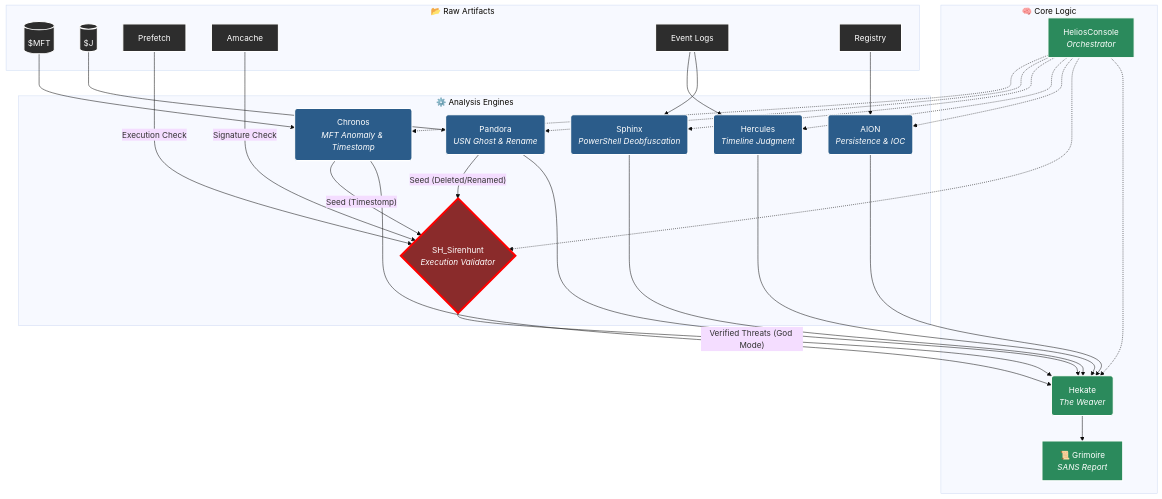
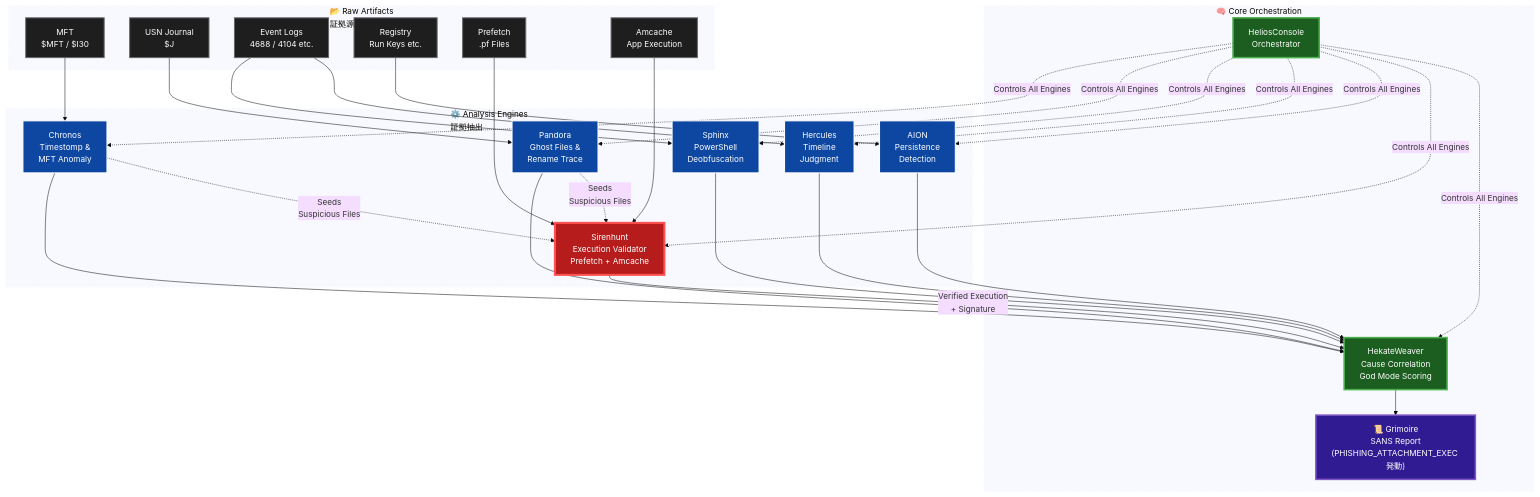
One commit to schutzz/SkiaHelios changed the diagram in README.md. Above: the diagram before and after it, drawn with Mermaid (base theme).

````diff
--- a/README.md
+++ b/README.md
@@ -20,62 +20,82 @@
 ```mermaid
 graph TD
-    %% --- Layer 1: Raw Artifacts ---
-    subgraph Raw_Layer [📂 Raw Artifacts]
-        MFT[($MFT)]
-        USN[($J)]
-        PF[Prefetch]
-        AM[Amcache]
-        EVTX[Event Logs]
-        REG[Registry]
+    %% ========================
+    %% 全体レイアウト：左から右へ明確な流れ
+    %% ========================
+
+    %% --- 左側: 生データソース ---
+    subgraph Raw["📂 Raw Artifacts<br/>証拠源"]
+        MFT[MFT<br/>$MFT / $I30]
+        USN[USN Journal<br/>$J]
+        EVTX[Event Logs<br/>4688 / 4104 etc.]
+        REG[Registry<br/>Run Keys etc.]
+        PF[Prefetch<br/>.pf Files]
+        AM[Amcache<br/>App Execution]
     end
 
-    %% --- Layer 2: The Parsers & Hunters ---
-    subgraph Tool_Layer [⚙️ Analysis Engines]
-        CH(Chronos<br/><i>MFT Anomaly & Timestomp</i>)
-        PA(Pandora<br/><i>USN Ghost & Rename</i>)
-        SP(Sphinx<br/><i>PowerShell Deobfuscation</i>)
-        HE(Hercules<br/><i>Timeline Judgment</i>)
-        AI(AION<br/><i>Persistence & IOC</i>)
-        
-        %% The New Module
-        SI{SH_Sirenhunt<br/><i>Execution Validator</i>}
+    %% --- 中央: 解析エンジン群 ---
+    subgraph Engines["⚙️ Analysis Engines<br/>証拠抽出"]
+        CH[Chronos<br/>Timestomp &<br/>MFT Anomaly]
+        PA[Pandora<br/>Ghost Files &<br/>Rename Trace]
+        SP[Sphinx<br/>PowerShell<br/>Deobfuscation]
+        HE[Hercules<br/>Timeline<br/>Judgment]
+        AI[AION<br/>Persistence<br/>Detection]
+        SI[Sirenhunt<br/>Execution Validator<br/>Prefetch + Amcache]
     end
 
-    %% --- Layer 3: Orchestration & Output ---
-    subgraph Core_Layer [🧠 Core Logic]
-        HC[HeliosConsole<br/><i>Orchestrator</i>]
-        HK(Hekate<br/><i>The Weaver</i>)
-        REP[📜 Grimoire<br/><i>SANS Report</i>]
+    %% --- 右側: コア統合 & 出力 ---
+    subgraph Core["🧠 Core Orchestration"]
+        HC[HeliosConsole<br/>Orchestrator]
+        HK[HekateWeaver<br/>Cause Correlation<br/>God Mode Scoring]
+        REP["📜 Grimoire<br/>SANS Report<br/>(PHISHING_ATTACHMENT_EXEC 発動)"]
     end
 
-    %% Data Flow Connections
+    %% ========================
+    %% データフロー（太線で明確に）
+    %% ========================
+
+    %% Raw → Engines
     MFT --> CH
     USN --> PA
-    EVTX --> HE & SP
+    EVTX --> SP
+    EVTX --> HE
     REG --> AI
-    
-    %% The Hunt Flow (Cross-Validation)
-    CH -- "Seed (Timestomp)" --> SI
-    PA -- "Seed (Deleted/Renamed)" --> SI
-    PF -- "Execution Check" --> SI
-    AM -- "Signature Check" --> SI
-    
-    %% The Weaving Flow
-    CH & PA & SP & HE & AI --> HK
-    SI -- "Verified Threats (God Mode)" --> HK
-    
-    %% Final Output
-    HC -.-> CH & PA & SP & HE & AI & SI & HK
+    PF --> SI
+    AM --> SI
+
+    %% Engines → Hekate
+    CH --> HK
+    PA --> HK
+    SP --> HK
+    HE --> HK
+    AI --> HK
+
+    %% Sirenhuntの特別フロー（Executionの最終検証）
+    CH & PA -.->|Seeds<br/>Suspicious Files| SI
+    SI -->|Verified Execution<br/>+ Signature| HK
+
+    %% Orchestration
+    HC -.->|Controls All Engines| CH & PA & SP & HE & AI & SI & HK
     HK --> REP
 
-    %% Styling
-    classDef raw fill:#2d2d2d,stroke:#fff,stroke-width:2px,color:#fff;
-    classDef tool fill:#2b5c8a,stroke:#fff,stroke-width:2px,color:#fff;
-    classDef siren fill:#8a2b2b,stroke:#f00,stroke-width:4px,color:#fff;
-    classDef logic fill:#2b8a5c,stroke:#fff,stroke-width:2px,color:#fff;
-    
-    class MFT,USN,PF,AM,EVTX,REG raw;
-    class CH,PA,SP,HE,AI tool;
+    %% ========================
+    %% スタイリング（視認性最優先）
+    %% ========================
+
+    classDef raw fill:#1e1e1e,stroke:#666,stroke-width:2px,color:#fff;
+    classDef engine fill:#0d47a1,stroke:#fff,stroke-width:2px,color:#fff;
+    classDef siren fill:#b71c1c,stroke:#ff5252,stroke-width:4px,color:#fff;
+    classDef core fill:#1b5e20,stroke:#4caf50,stroke-width:3px,color:#fff;
+    classDef report fill:#311b92,stroke:#7e57c2,stroke-width:3px,color:#fff;
+
+    class MFT,USN,EVTX,REG,PF,AM raw;
+    class CH,PA,SP,HE,AI engine;
     class SI siren;
-    class HC,HK,REP logic;
+    class HC,HK core;
+    class REP report;
+
+    %% 枠線強調
+    style Raw stroke:#fff,stroke-width:3px,stroke-dasharray: 5 5
+    style Engines stroke:#fff,stroke-width:3px,stroke-dasharray: 5 5
+    style Core stroke:#fff,stroke-width:3px,stroke-dasharray: 5 5
 ```
````
